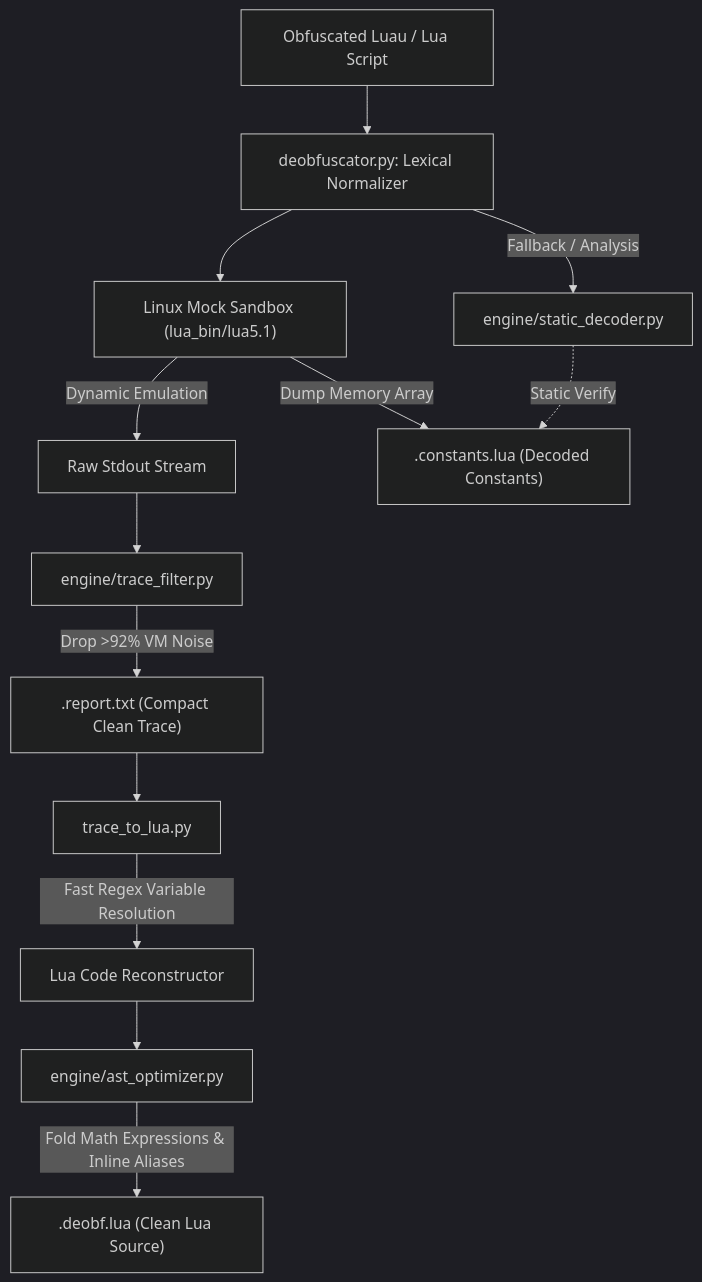
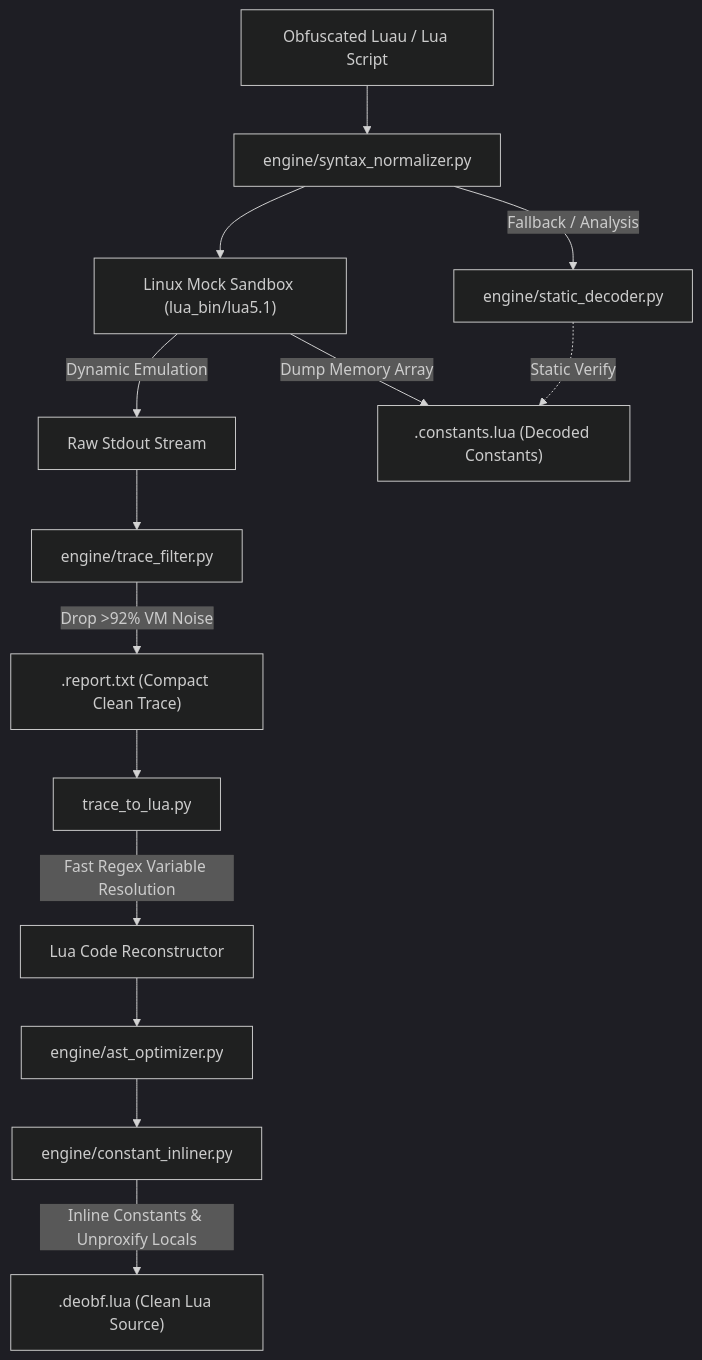
The diagram in README.md (NoName2323-wq/Epimetheus), drawn with Mermaid (dark theme) before and after one commit. The commit also changed other lines of this file and 7 other files, not shown here.

Commit message:
feat(engine): add syntax_normalizer and constant_inliner sub-engines, bump to v2.6.0

````diff
--- a/README.md
+++ b/README.md
@@ -81,18 +89,19 @@
 ```mermaid
 flowchart TD
-    A["Obfuscated Luau / Lua Script"] --> B["deobfuscator.py: Lexical Normalizer"]
+    A["Obfuscated Luau / Lua Script"] --> B["engine/syntax_normalizer.py"]
     B --> C["Linux Mock Sandbox (lua_bin/lua5.1)"]
     C -->|Dynamic Emulation| D["Raw Stdout Stream"]
     B -->|Fallback / Analysis| E["engine/static_decoder.py"]
     
     D --> F["engine/trace_filter.py"]
     F -->|Drop >92% VM Noise| G[".report.txt (Compact Clean Trace)"]
     
     G --> H["trace_to_lua.py"]
     H -->|Fast Regex Variable Resolution| I["Lua Code Reconstructor"]
     I --> J["engine/ast_optimizer.py"]
+    J --> K["engine/constant_inliner.py"]
     
-    J -->|Fold Math Expressions & Inline Aliases| K[".deobf.lua (Clean Lua Source)"]
-    C -->|Dump Memory Array| L[".constants.lua (Decoded Constants)"]
-    E -.->|Static Verify| L
+    K -->|Inline Constants & Unproxify Locals| L[".deobf.lua (Clean Lua Source)"]
+    C -->|Dump Memory Array| M[".constants.lua (Decoded Constants)"]
+    E -.->|Static Verify| M
 ```
````
